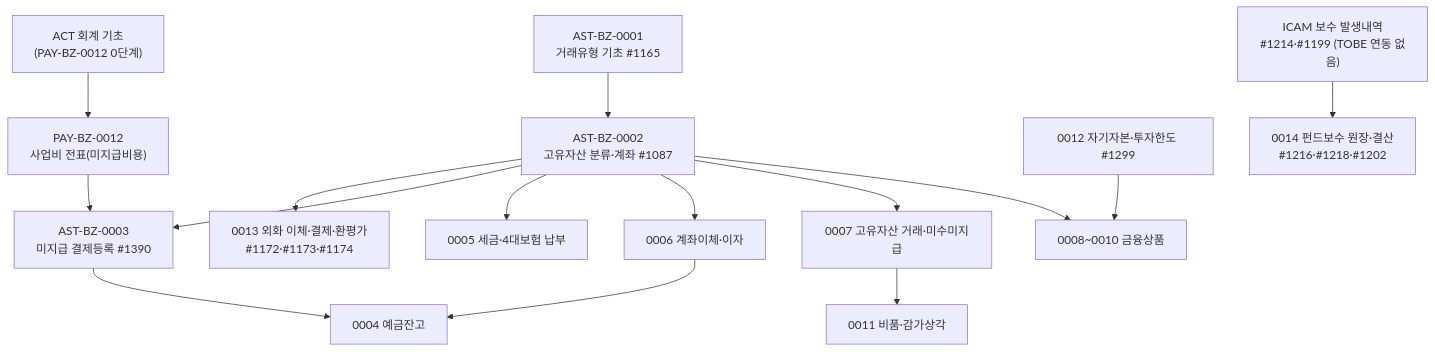
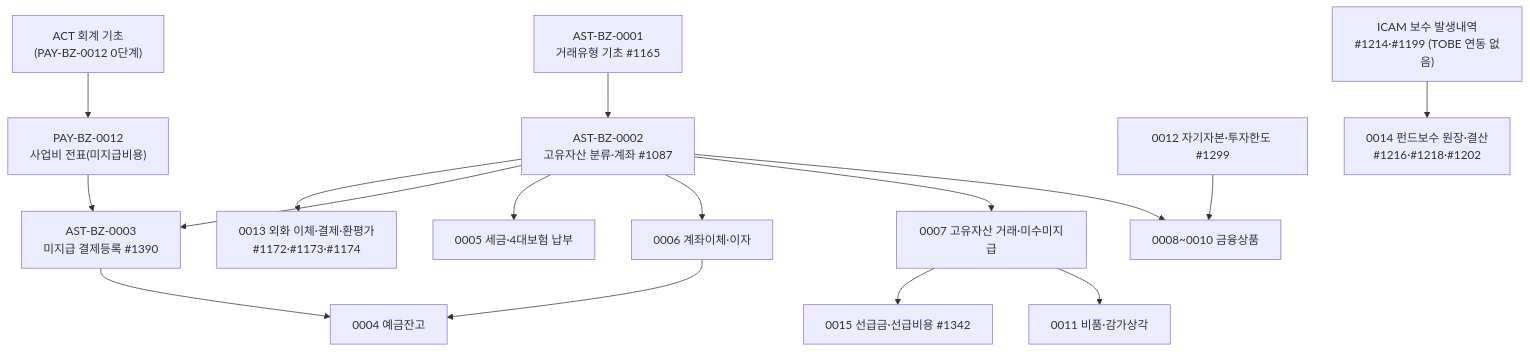
Before and after one commit to KimDoYoung/framework-sprt: the diagram in AssetERP/docs/2-업무분석/biz-event/AST/AST-업무흐름.md, drawn with Mermaid. The commit also changed other lines of this file and 4 other files, not shown here.

Commit message:
업무분석 AST: AST-BZ-0015 선급금·선급비용 실행·문서화, 의심 #118 보강 (AST 1차 목록 끝)

````diff
--- a/AssetERP/docs/2-업무분석/biz-event/AST/AST-업무흐름.md
+++ b/AssetERP/docs/2-업무분석/biz-event/AST/AST-업무흐름.md
@@ -5,27 +5,29 @@
 ```mermaid
 flowchart TD
     ACT["ACT 회계 기초<br/>(PAY-BZ-0012 0단계)"]
     A1["AST-BZ-0001<br/>거래유형 기초 #1165"]
     A2["AST-BZ-0002<br/>고유자산 분류·계좌 #1087"]
     P12["PAY-BZ-0012<br/>사업비 전표(미지급비용)"]
     A3["AST-BZ-0003<br/>미지급 결제등록 #1390"]
     A4["0004 예금잔고"]
     A5["0005 세금·4대보험 납부"]
     A6["0006 계좌이체·이자"]
     A7["0007 고유자산 거래·미수미지급"]
     A8["0008~0010 금융상품"]
     A11["0011 비품·감가상각"]
     A12["0012 자기자본·투자한도 #1299"]
     A12 --> A8
     A13["0013 외화 이체·결제·환평가<br/>#1172·#1173·#1174"]
     A2 --> A13
     ICAM["ICAM 보수 발생내역<br/>#1214·#1199 (TOBE 연동 없음)"]
     A14["0014 펀드보수 원장·결산<br/>#1216·#1218·#1202"]
     ICAM --> A14
+    A15["0015 선급금·선급비용 #1342"]
+    A7 --> A15
     A1 --> A2 --> A3 --> A4
     ACT --> P12 --> A3
     A2 --> A5
     A2 --> A6 --> A4
     A2 --> A7 --> A11
     A2 --> A8
 ```
````
